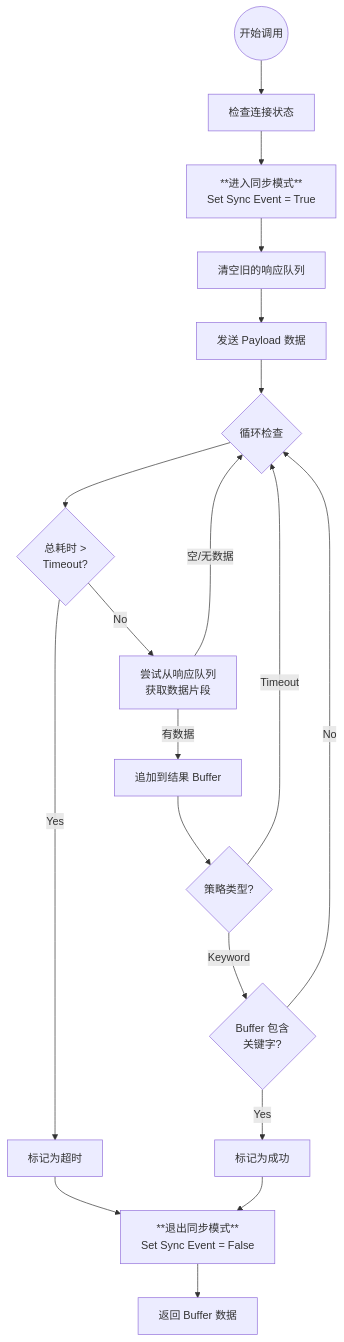
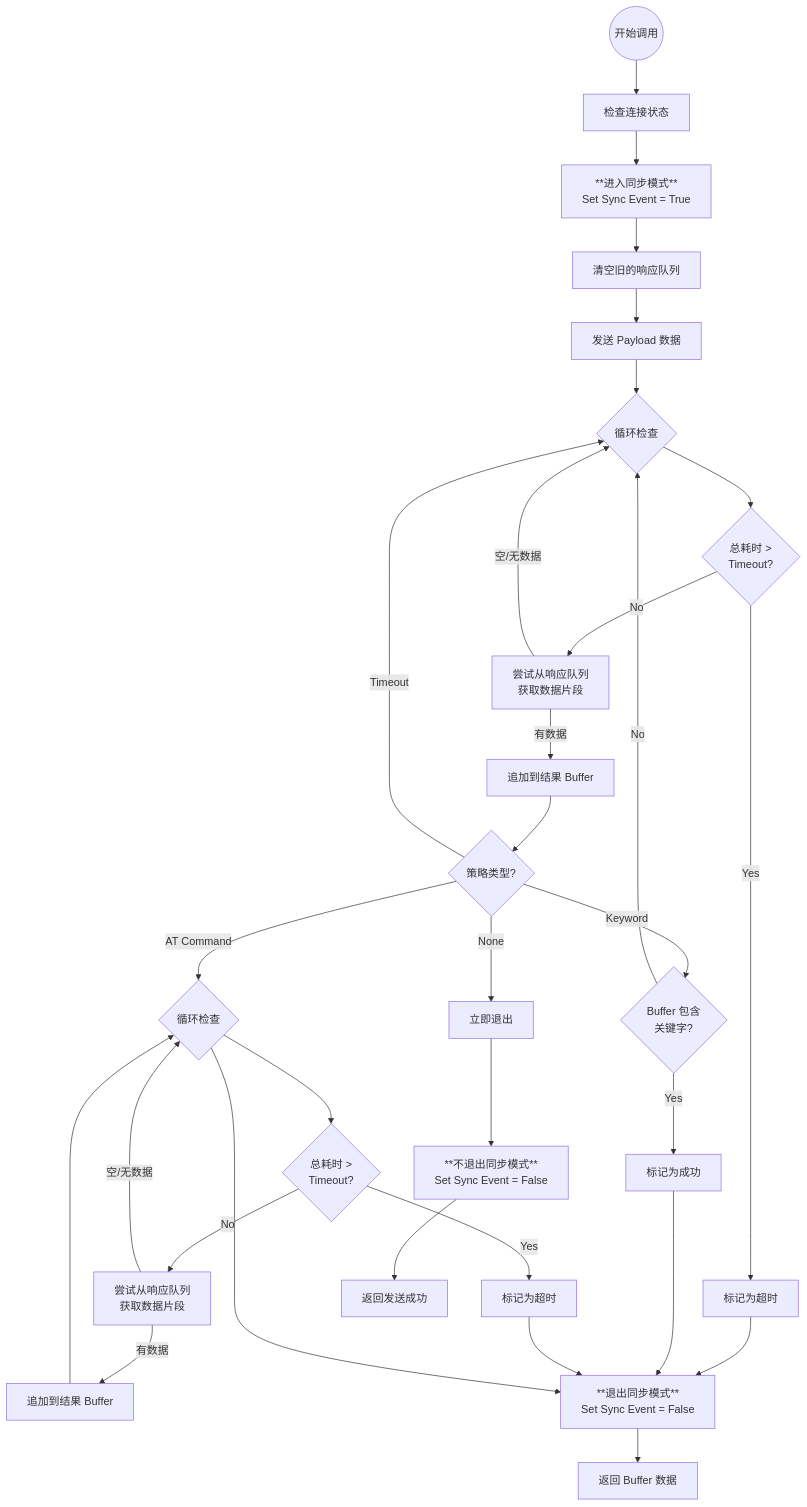
Before and after one commit to niusulong/serial2mcp1: the second of 3 diagrams in doc/03-串口底层驱动设计规范 (Serial Driver Design Spec).md, drawn with Mermaid. The commit also changed other lines of this file and 13 other files, not shown here.

````diff
--- a/doc/03-串口底层驱动设计规范 (Serial Driver Design Spec).md
+++ b/doc/03-串口底层驱动设计规范 (Serial Driver Design Spec).md
@@ -79,33 +79,49 @@
 ```mermaid
 flowchart TD
     Start((开始调用)) --> Validate[检查连接状态]
     Validate --> EnterSync[**进入同步模式**<br>Set Sync Event = True]
     EnterSync --> ClearQ[清空旧的响应队列]
     ClearQ --> SendData[发送 Payload 数据]
-    
+
     %% 接收循环
     SendData --> LoopStart{循环检查}
     LoopStart --> CheckTimeout{总耗时 ><br>Timeout?}
     CheckTimeout -- Yes --> TimeoutExit[标记为超时]
-    
+
     CheckTimeout -- No --> FetchQ[尝试从响应队列<br>获取数据片段]
     FetchQ -- 空/无数据 --> LoopStart
     FetchQ -- 有数据 --> Append[追加到结果 Buffer]
-    
+
     %% 策略判定
     Append --> CheckPolicy{策略类型?}
-    
+
     %% 策略 A: 关键字等待
     CheckPolicy -- Keyword --> Match{Buffer 包含<br>关键字?}
     Match -- Yes --> SuccessExit[标记为成功]
     Match -- No --> LoopStart
-    
+
     %% 策略 B: 纯时间等待
     CheckPolicy -- Timeout --> LoopStart
-    
+
+    %% 策略 C: 射后不理
+    CheckPolicy -- None --> NoneExit[立即退出]
+
+    %% 策略 D: AT命令模式
+    CheckPolicy -- AT Command --> AtLoopStart{循环检查}
+    AtLoopStart --> AtCheckTimeout{总耗时 ><br>Timeout?}
+    AtCheckTimeout -- Yes --> AtTimeoutExit[标记为超时]
+    AtCheckTimeout -- No --> AtFetchQ[尝试从响应队列<br>获取数据片段]
+    AtFetchQ -- 空/无数据 --> AtLoopStart
+    AtFetchQ -- 有数据 --> AtAppend[追加到结果 Buffer]
+    AtAppend --> AtLoopStart
+
     %% 退出处理
     TimeoutExit --> ExitAction
     SuccessExit --> ExitAction
-    
+    NoneExit --> NoneExitAction
+    AtTimeoutExit --> ExitAction
+    AtLoopStart --> ExitAction
+
+    NoneExitAction[**不退出同步模式**<br>Set Sync Event = False] --> NoneReturn[返回发送成功]
     ExitAction[**退出同步模式**<br>Set Sync Event = False] --> Return[返回 Buffer 数据]
 ```
````
